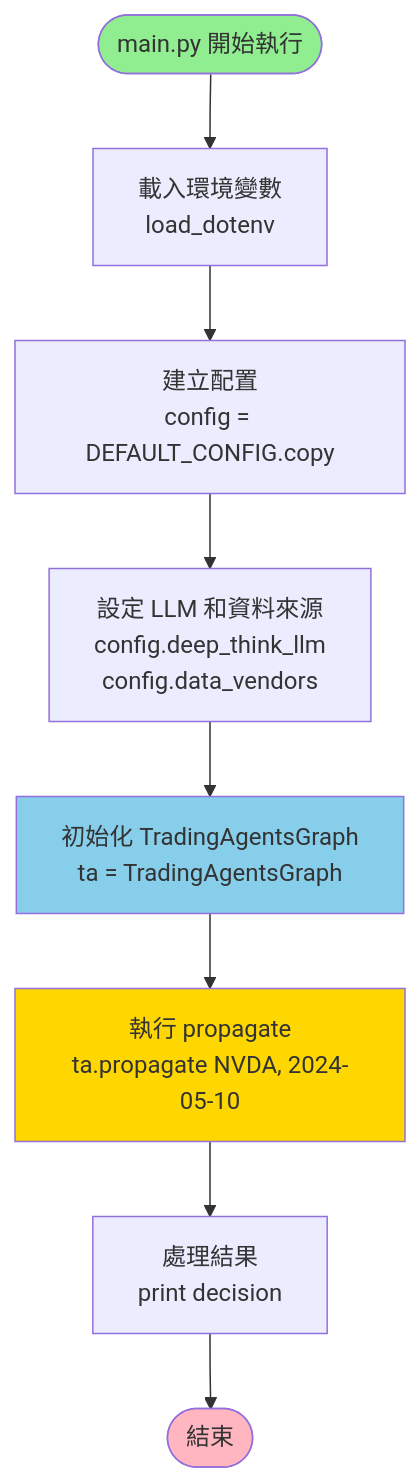
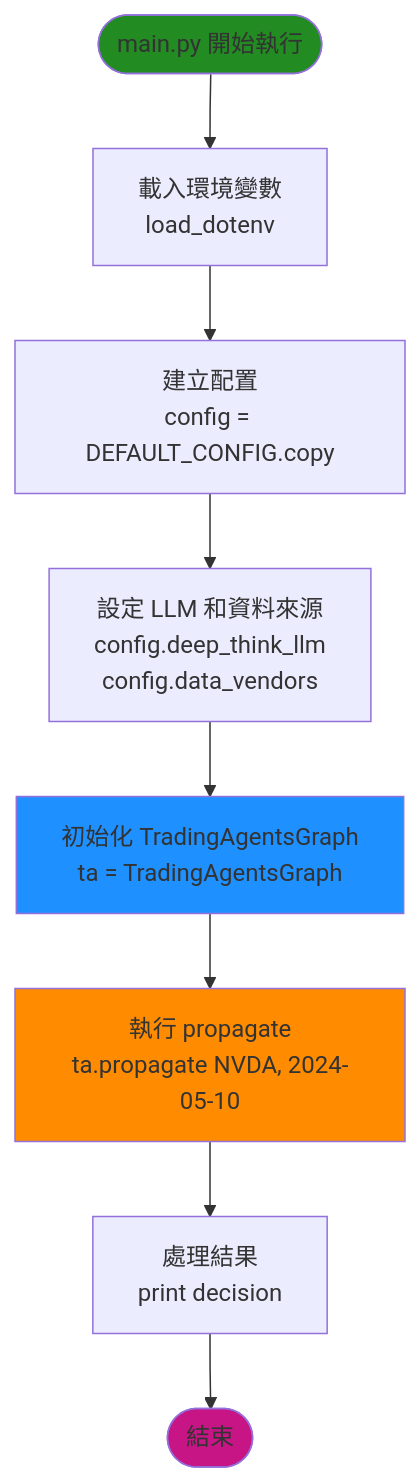
One commit to chitienshih-wq/Git_Test changed the first of 19 diagrams in 流程圖.md. Above: the diagram before and after it, drawn with Mermaid. The commit also changed other lines of this file, not shown here.

````diff
--- a/流程圖.md
+++ b/流程圖.md
@@ -18,15 +18,15 @@
 ```mermaid
 flowchart TD
     Start([main.py 開始執行]) --> LoadEnv[載入環境變數<br/>load_dotenv]
     LoadEnv --> CreateConfig[建立配置<br/>config = DEFAULT_CONFIG.copy]
     CreateConfig --> SetConfig[設定 LLM 和資料來源<br/>config.deep_think_llm<br/>config.data_vendors]
     SetConfig --> InitGraph[初始化 TradingAgentsGraph<br/>ta = TradingAgentsGraph]
     InitGraph --> Propagate[執行 propagate<br/>ta.propagate NVDA, 2024-05-10]
     Propagate --> ProcessResult[處理結果<br/>print decision]
     ProcessResult --> End([結束])
     
-    style Start fill:#90EE90
-    style End fill:#FFB6C1
-    style InitGraph fill:#87CEEB
-    style Propagate fill:#FFD700
+    style Start fill:#228B22
+    style End fill:#C71585
+    style InitGraph fill:#1E90FF
+    style Propagate fill:#FF8C00
 ```
````
